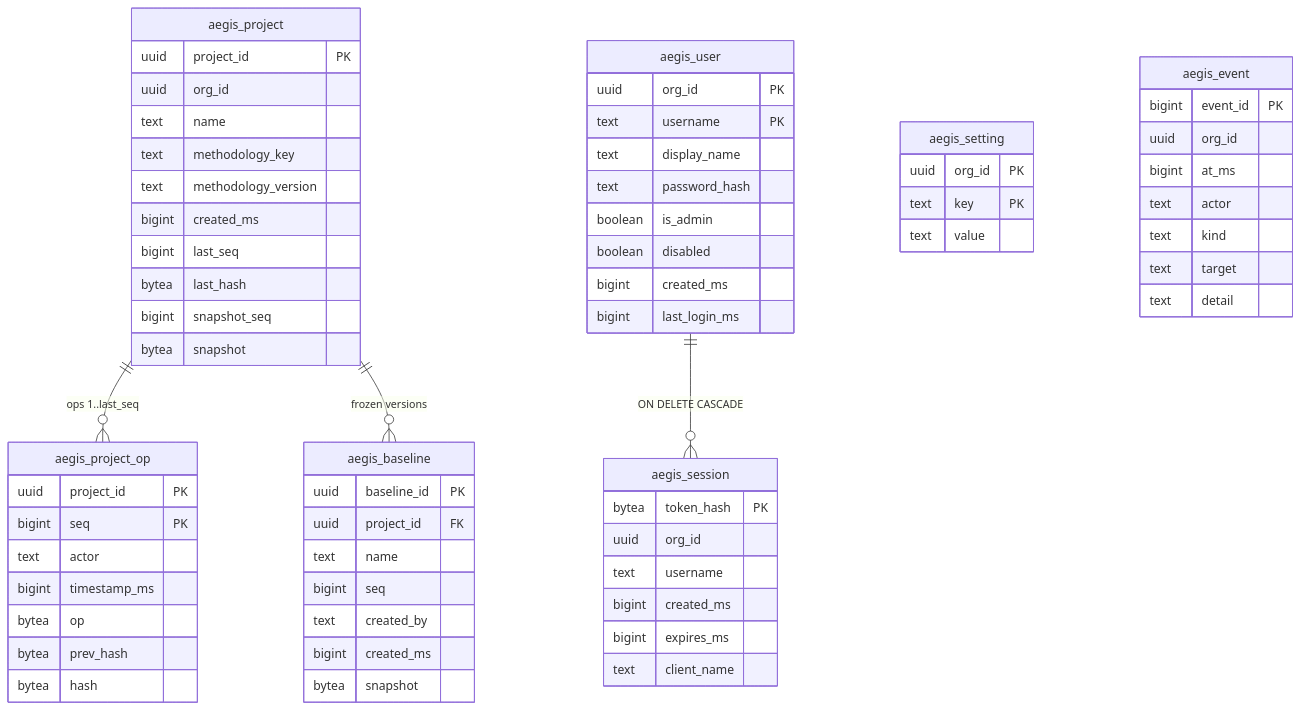
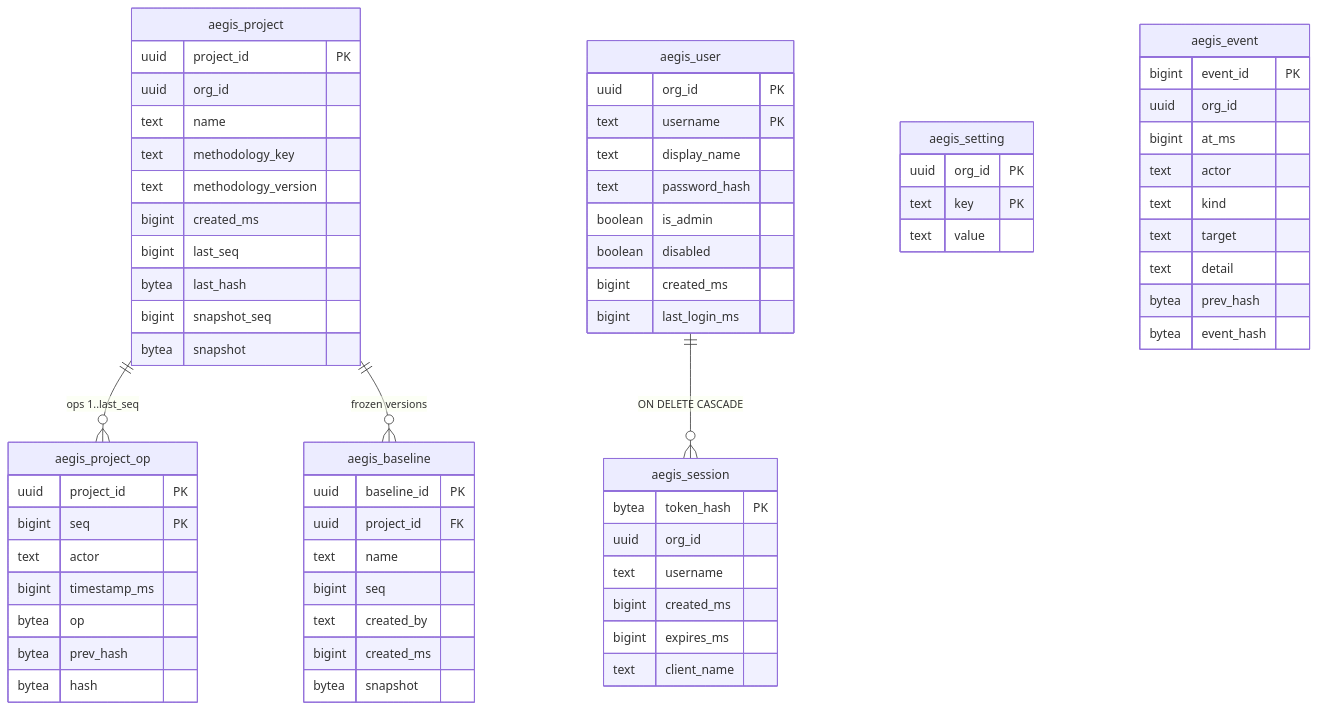
Before and after one commit to eNipu/AegisTARA: diagram 18 of 28 in docs/architecture.md, drawn with Mermaid. The commit also changed other lines of this file and 111 other files, not shown here.

````diff
--- a/docs/architecture.md
+++ b/docs/architecture.md
@@ -1473,68 +1481,70 @@
 ```mermaid
 erDiagram
     aegis_project ||--o{ aegis_project_op : "ops 1..last_seq"
     aegis_project ||--o{ aegis_baseline : "frozen versions"
     aegis_user ||--o{ aegis_session : "ON DELETE CASCADE"
     aegis_project {
         uuid project_id PK
         uuid org_id
         text name
         text methodology_key
         text methodology_version
         bigint created_ms
         bigint last_seq
         bytea last_hash
         bigint snapshot_seq
         bytea snapshot
     }
     aegis_project_op {
         uuid project_id PK
         bigint seq PK
         text actor
         bigint timestamp_ms
         bytea op
         bytea prev_hash
         bytea hash
     }
     aegis_baseline {
         uuid baseline_id PK
         uuid project_id FK
         text name
         bigint seq
         text created_by
         bigint created_ms
         bytea snapshot
     }
     aegis_user {
         uuid org_id PK
         text username PK
         text display_name
         text password_hash
         boolean is_admin
         boolean disabled
         bigint created_ms
         bigint last_login_ms
     }
     aegis_session {
         bytea token_hash PK
         uuid org_id
         text username
         bigint created_ms
         bigint expires_ms
         text client_name
     }
     aegis_setting {
         uuid org_id PK
         text key PK
         text value
     }
     aegis_event {
         bigint event_id PK
         uuid org_id
         bigint at_ms
         text actor
         text kind
         text target
         text detail
+        bytea prev_hash
+        bytea event_hash
     }
 ```
````
